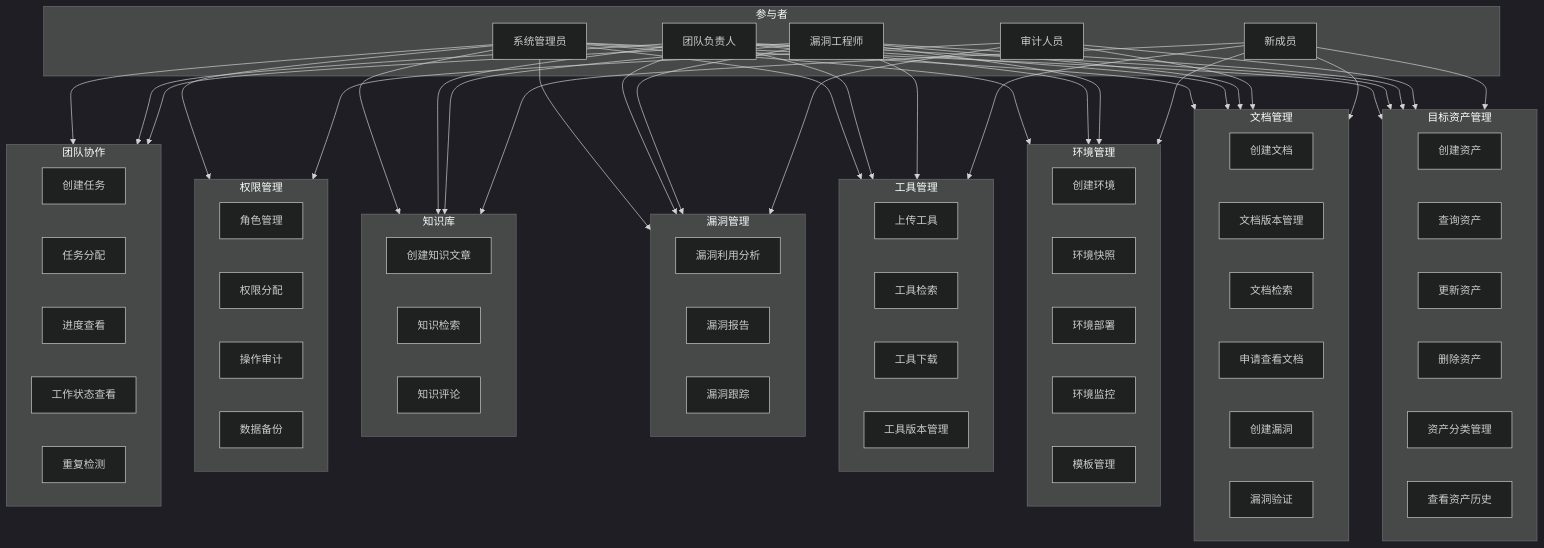
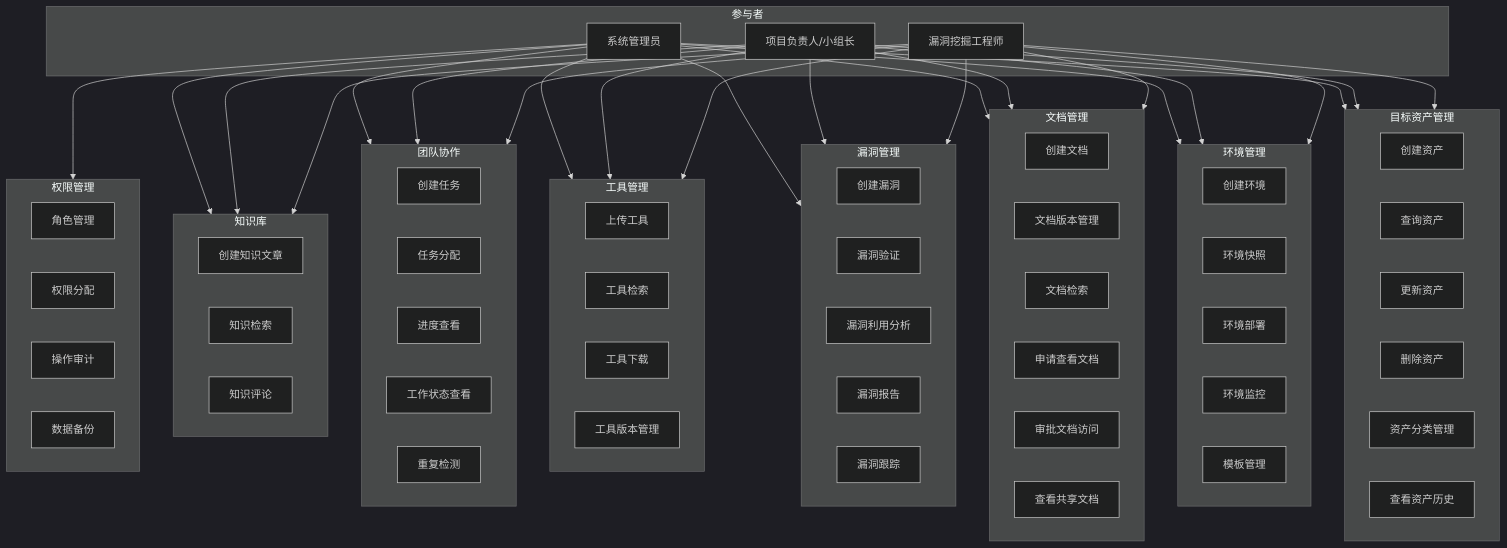
The first of 8 diagrams in docs/design/use_case.md (dayutech/Vuln-Audit-Lifecycle-Management), drawn with Mermaid (dark theme) before and after one commit. The commit also changed other lines of this file and 11 other files, not shown here.

````diff
--- a/docs/design/use_case.md
+++ b/docs/design/use_case.md
@@ -6,10 +6,8 @@
 graph TD
     subgraph Actor["参与者"]
         Admin["系统管理员"]
-        TeamLeader["团队负责人"]
-        Engineer["漏洞工程师"]
-        Auditor["审计人员"]
-        NewMember["新成员"]
+        TeamLeader["项目负责人/小组长"]
+        Engineer["漏洞挖掘工程师"]
     end
 
     subgraph Asset_Module["目标资产管理"]
@@ -39,8 +37,8 @@
     end
 
     subgraph Vuln_Module["漏洞管理"]
-        UC16["创建漏洞"]
-        UC17["漏洞验证"]
+        UC16a["创建漏洞"]
+        UC17a["漏洞验证"]
         UC18["漏洞利用分析"]
         UC19["漏洞报告"]
         UC20["漏洞跟踪"]
@@ -98,15 +96,4 @@
     Engineer --> Tool_Module
     Engineer --> Team_Module
     Engineer --> Knowledge_Module
-
-    Auditor --> Asset_Module
-    Auditor --> Doc_Module
-    Auditor --> Vuln_Module
-    Auditor --> Auth_Module
-
-    NewMember --> Asset_Module
-    NewMember --> Env_Module
-    NewMember --> Doc_Module
-    NewMember --> Tool_Module
-    NewMember --> Knowledge_Module
 ```
````
